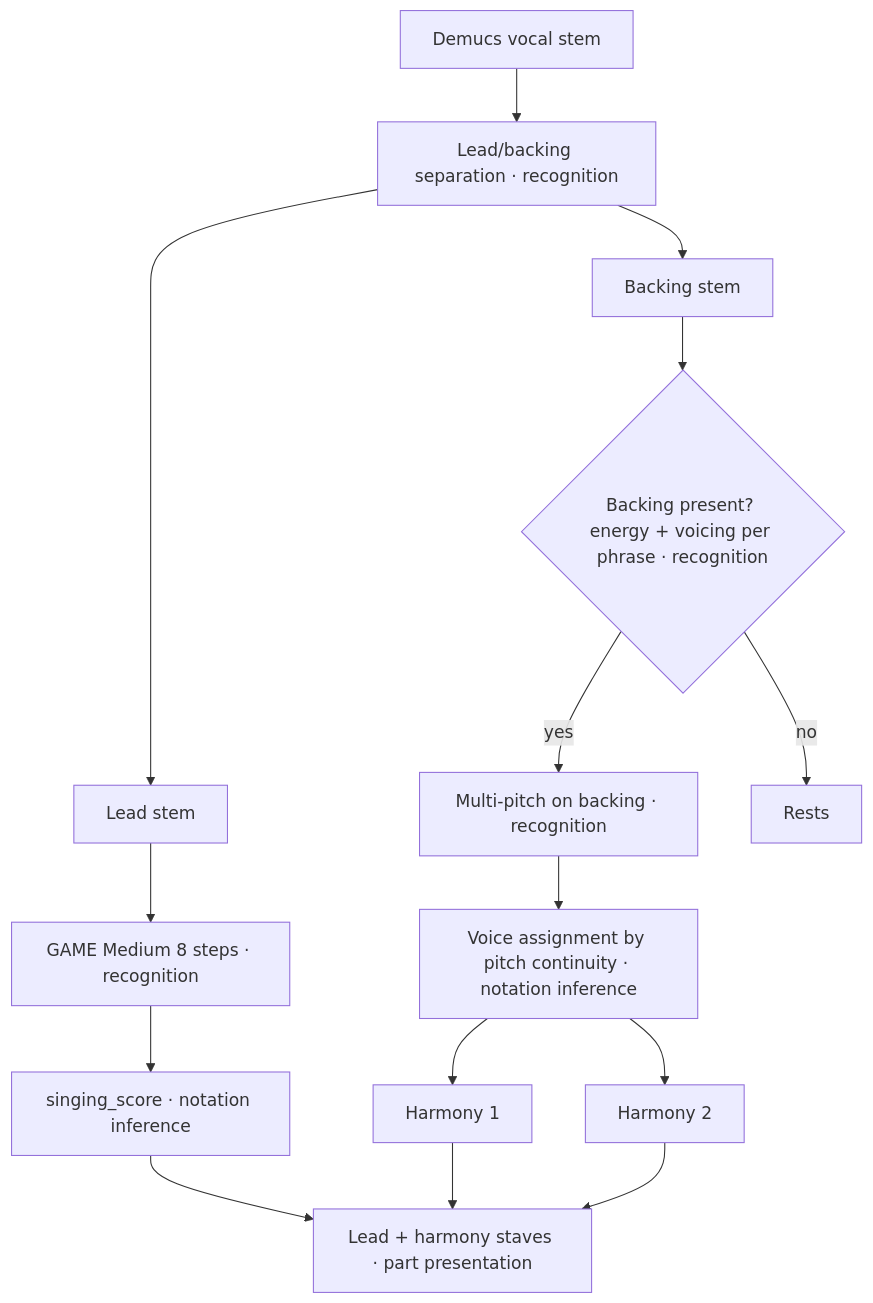
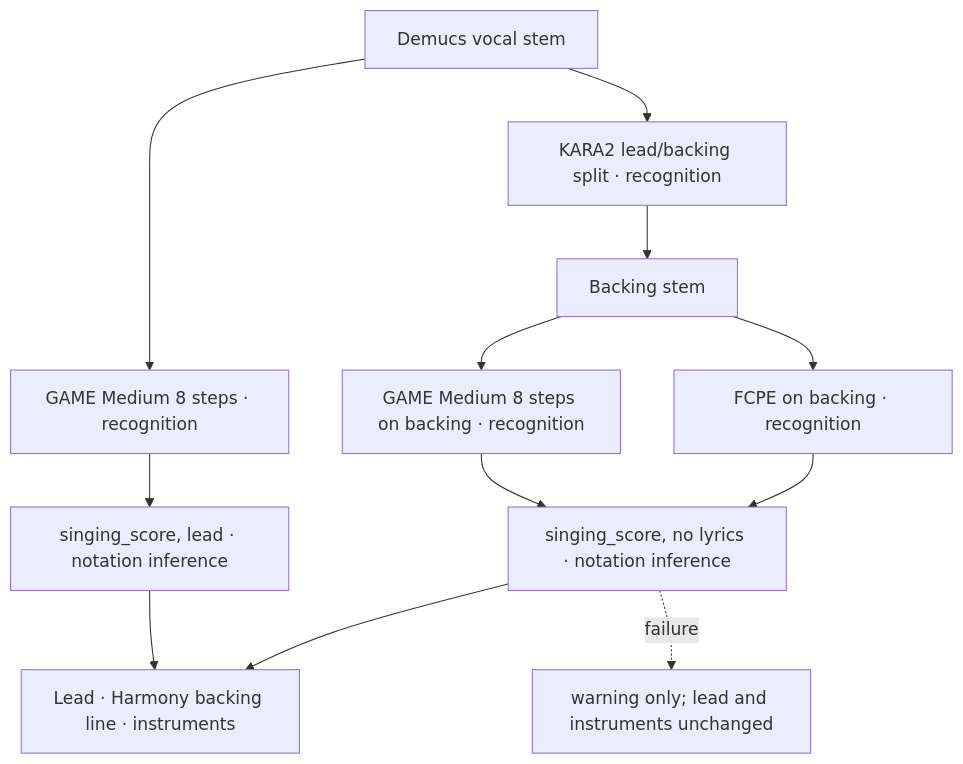
Before and after one commit to zzzhhn/coro-workbench: the first of 2 diagrams in docs/PIPELINE.md, drawn with Mermaid. The commit also changed other lines of this file and 1 other file, not shown here.

Commit message:
docs: lead/backing A/B steps, adopted backing line, rejected multi-pitch assignment

````diff
--- a/docs/PIPELINE.md
+++ b/docs/PIPELINE.md
@@ -67,17 +76,14 @@
 ```mermaid
 flowchart TD
-  V[Demucs vocal stem] --> K[Lead/backing separation · recognition]
-  K --> L[Lead stem]
+  V[Demucs vocal stem] --> G[GAME Medium 8 steps · recognition]
+  G --> SS[singing_score, lead · notation inference]
+  V --> K[KARA2 lead/backing split · recognition]
   K --> BK[Backing stem]
-  L --> G[GAME Medium 8 steps · recognition]
-  G --> SS[singing_score · notation inference]
-  BK --> GATE{Backing present? energy + voicing per phrase · recognition}
-  GATE -->|yes| MP[Multi-pitch on backing · recognition]
-  MP --> VA[Voice assignment by pitch continuity · notation inference]
-  VA --> H1[Harmony 1]
-  VA --> H2[Harmony 2]
-  GATE -->|no| REST[Rests]
-  SS --> PRJ[Lead + harmony staves · part presentation]
-  H1 --> PRJ
-  H2 --> PRJ
+  BK --> BG[GAME Medium 8 steps on backing · recognition]
+  BK --> BF[FCPE on backing · recognition]
+  BG --> BS[singing_score, no lyrics · notation inference]
+  BF --> BS
+  SS --> PRJ[Lead · Harmony backing line · instruments]
+  BS --> PRJ
+  BS -. failure .-> W[warning only; lead and instruments unchanged]
 ```
````
